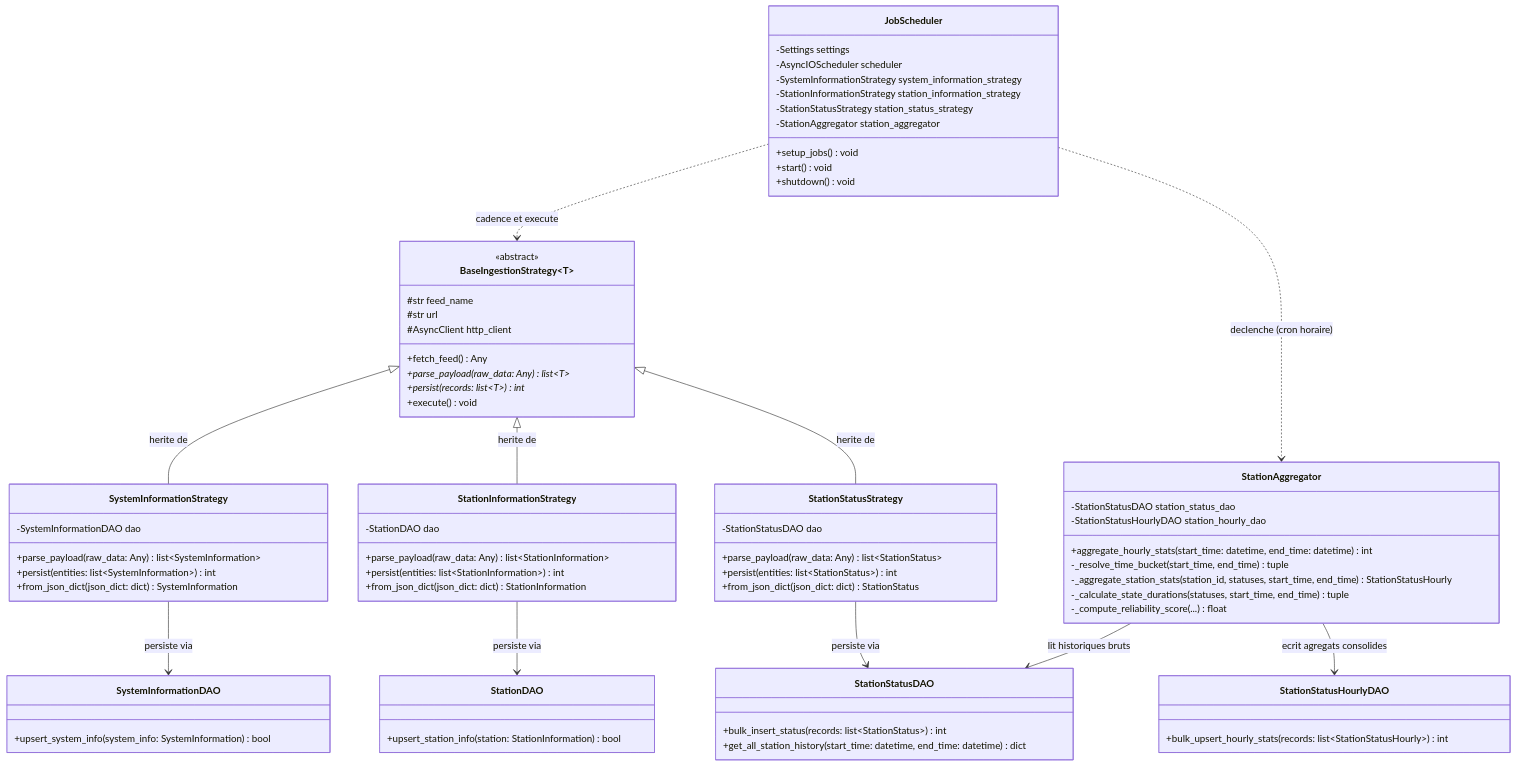
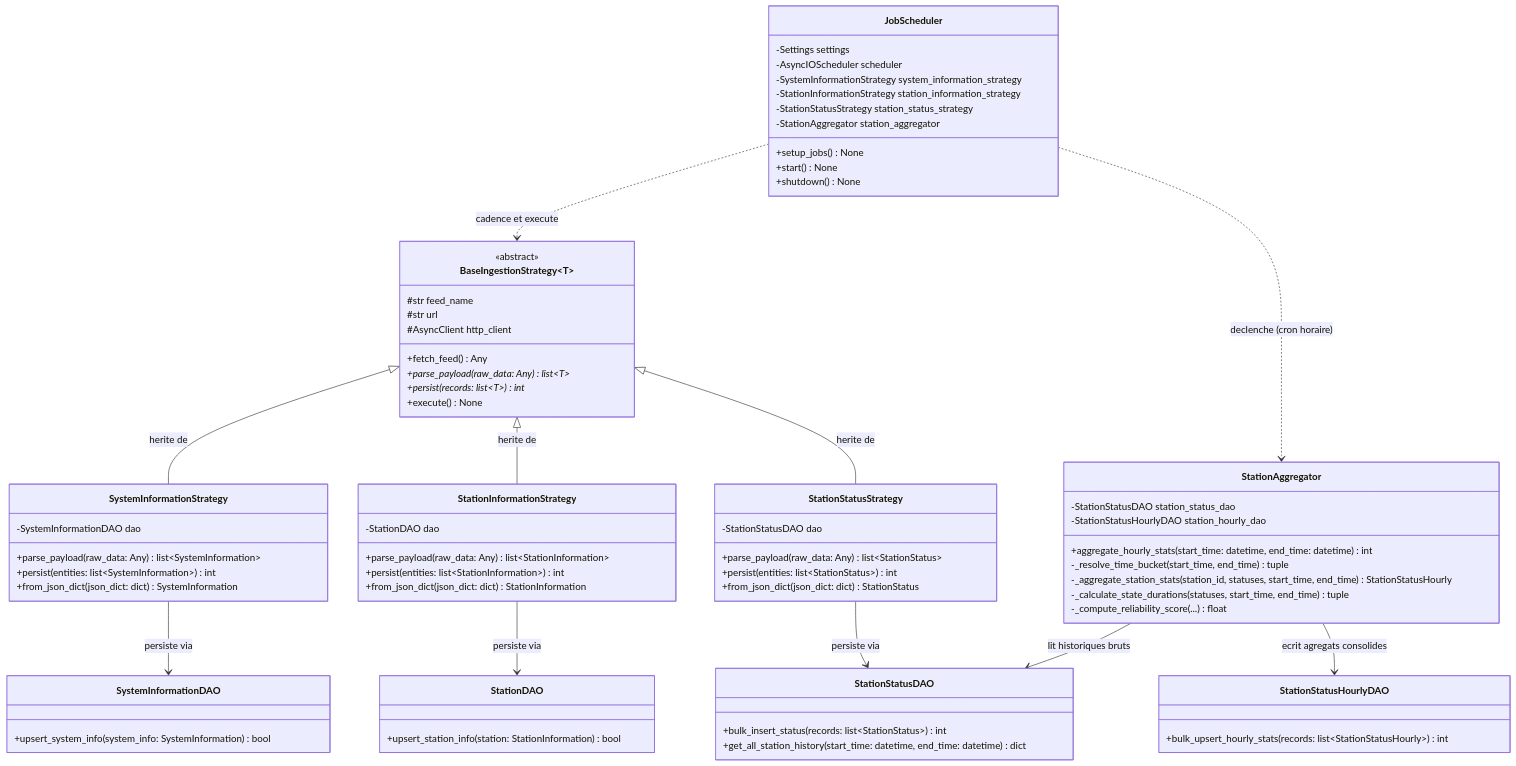
The third of 3 diagrams in doc/class_diagram.md (nathanlaimant/ensai-it-project-2a-team30), drawn with Mermaid before and after one commit. The commit also changed other lines of this file and 2 other files, not shown here.

Commit message:
refactor

```diff
--- a/doc/class_diagram.md
+++ b/doc/class_diagram.md
@@ -306,9 +307,9 @@
         -StationInformationStrategy station_information_strategy
         -StationStatusStrategy station_status_strategy
         -StationAggregator station_aggregator
-        +setup_jobs() void
-        +start() void
-        +shutdown() void
+        +setup_jobs() None
+        +start() None
+        +shutdown() None
     }
 
     class BaseIngestionStrategy~T~ {
@@ -319,7 +320,7 @@
         +fetch_feed() Any
         +parse_payload(raw_data: Any)* list~T~
         +persist(records: list~T~)* int
-        +execute() void
+        +execute() None
     }
 
     class SystemInformationStrategy {
```
